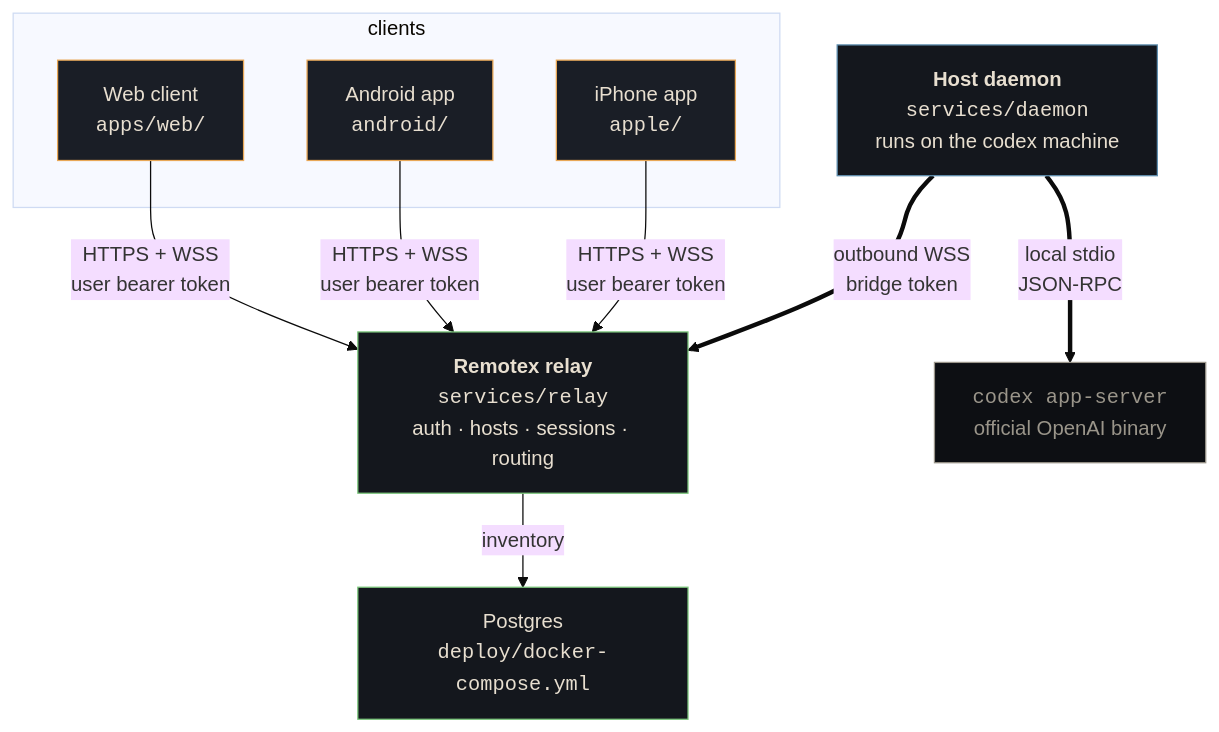
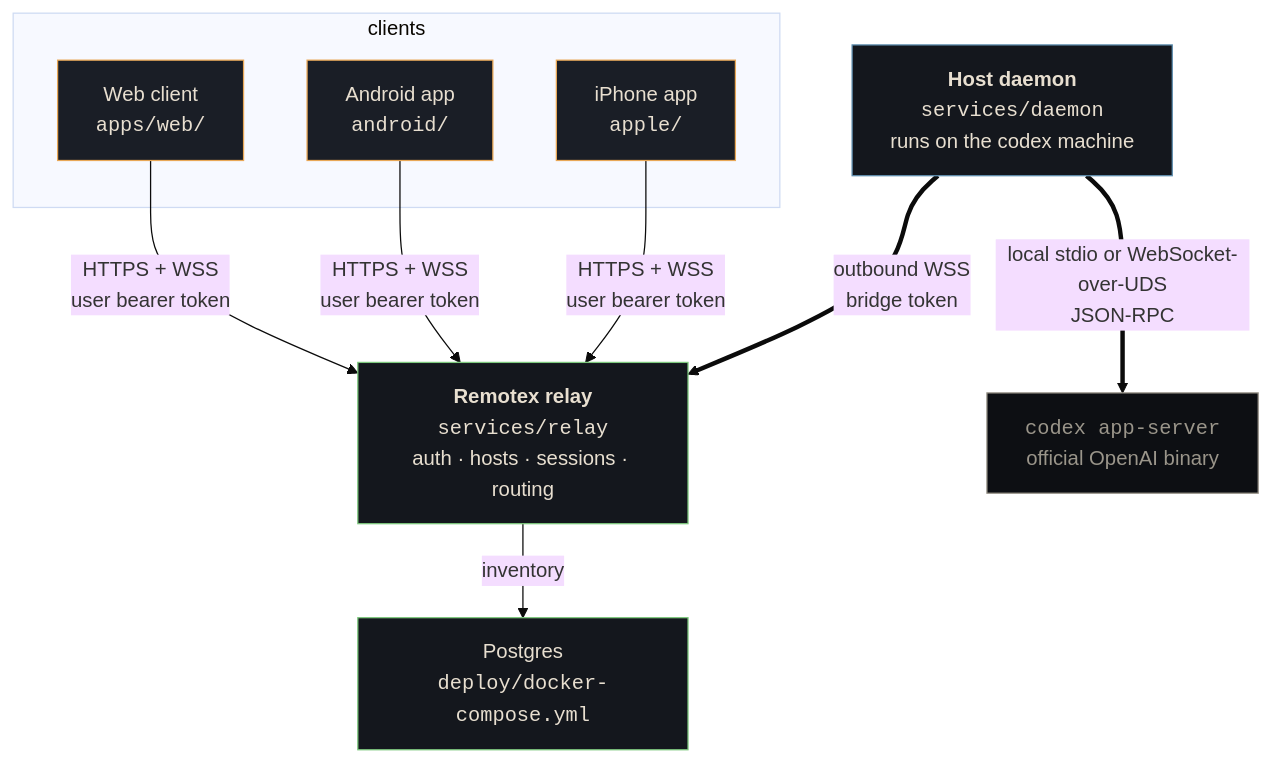
One commit to CesarPetrescu/remotex changed the diagram in README.md. Above: the diagram before and after it, drawn with Mermaid (base theme). The commit also changed other lines of this file and 9 other files, not shown here.

````diff
--- a/README.md
+++ b/README.md
@@ -14,28 +14,28 @@
 ```mermaid
 flowchart TB
     subgraph clients["clients"]
         W["Web client<br/><code>apps/web/</code>"]
         A["Android app<br/><code>android/</code>"]
         I["iPhone app<br/><code>apple/</code>"]
     end
     R["<b>Remotex relay</b><br/><code>services/relay</code><br/>auth · hosts · sessions · routing"]
     D["<b>Host daemon</b><br/><code>services/daemon</code><br/>runs on the codex machine"]
     X["<code>codex app-server</code><br/>official OpenAI binary"]
     P["Postgres<br/><code>deploy/docker-compose.yml</code>"]
 
     W -- "HTTPS + WSS<br/>user bearer token" --> R
     A -- "HTTPS + WSS<br/>user bearer token" --> R
     I -- "HTTPS + WSS<br/>user bearer token" --> R
     D == "outbound WSS<br/>bridge token" ==> R
-    D == "local stdio<br/>JSON-RPC" ==> X
+    D == "local stdio or WebSocket-over-UDS<br/>JSON-RPC" ==> X
     R -- "inventory" --> P
 
     classDef clientNode fill:#1a1e26,stroke:#e8a756,color:#e8dfd0;
     classDef relayNode fill:#14171d,stroke:#7dc87d,color:#e8dfd0;
     classDef daemonNode fill:#14171d,stroke:#5f8fb0,color:#e8dfd0;
     classDef codexNode fill:#0d0f13,stroke:#9a958a,color:#9a958a;
     class W,A,I clientNode;
     class R,P relayNode;
     class D daemonNode;
     class X codexNode;
 ```
````
